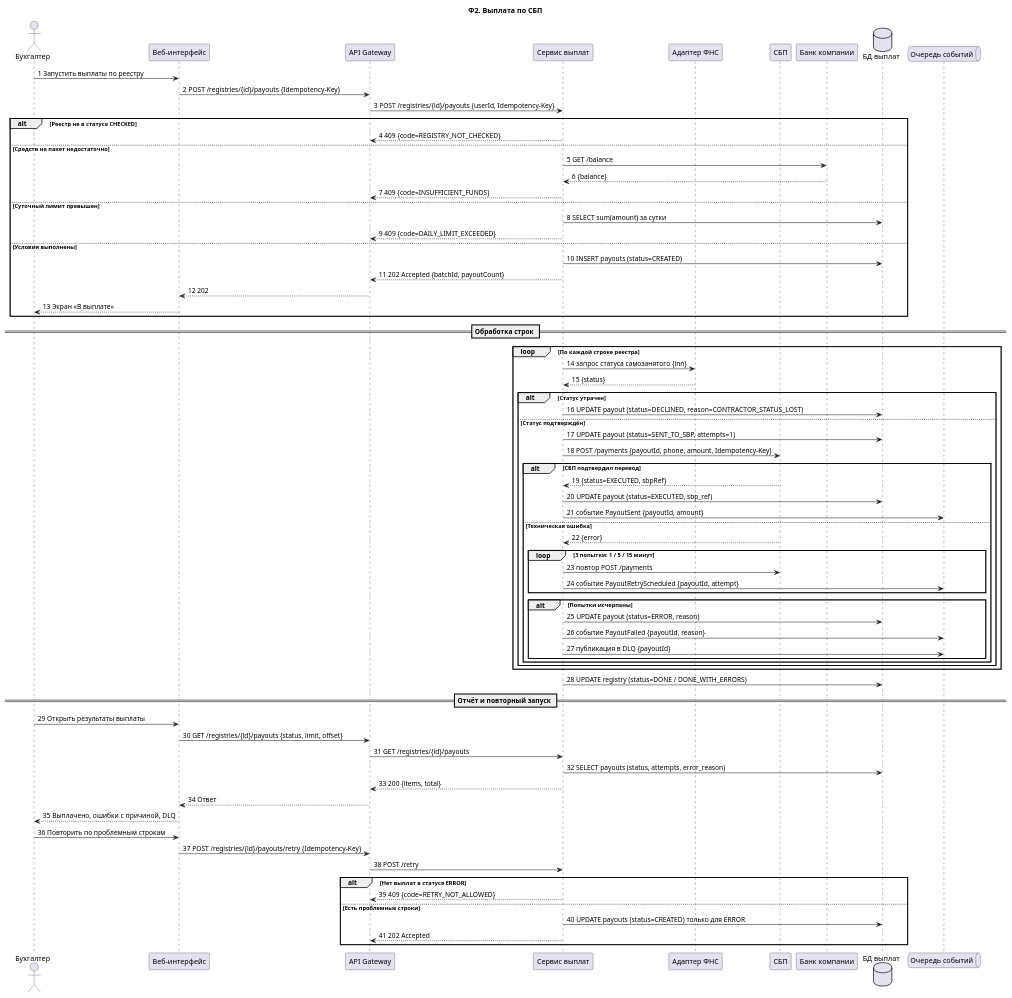
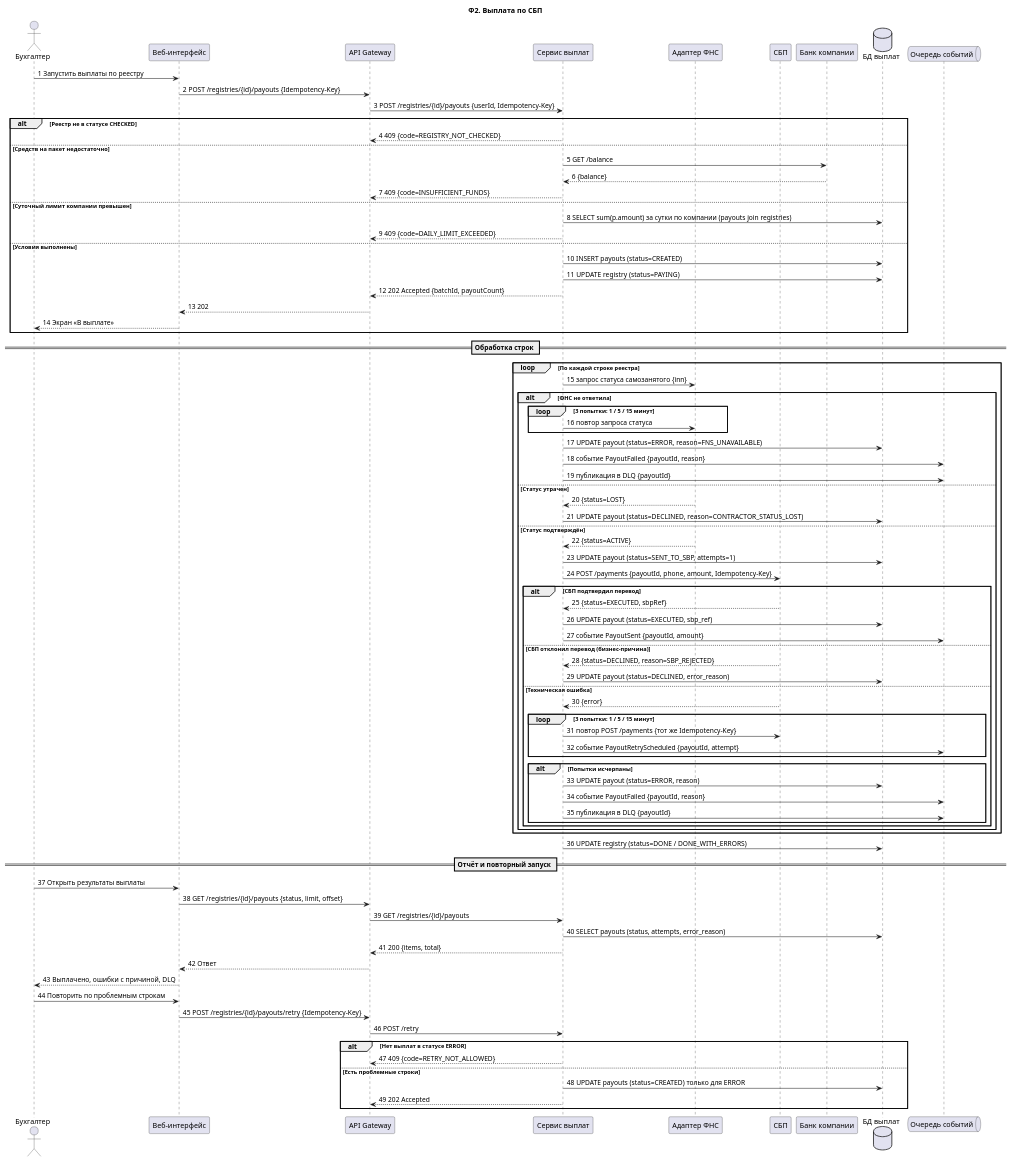
One commit to Antipindima1/722 changed the diagram in artifacts/feature-sbp-payout/sequence-payout.puml. Above: the diagram before and after it, drawn with PlantUML.

Commit message:
fix(sequence): regenerate source

```diff
--- a/artifacts/feature-sbp-payout/sequence-payout.puml
+++ b/artifacts/feature-sbp-payout/sequence-payout.puml
@@ -1,83 +1,95 @@
 @startuml
 title Ф2. Выплата по СБП
 
 actor "Бухгалтер" as acc
 participant "Веб-интерфейс" as web
 participant "API Gateway" as api
 participant "Сервис выплат" as pay
 participant "Адаптер ФНС" as fns
 participant "СБП" as sbp
 participant "Банк компании" as bank
 database "БД выплат" as db
 queue "Очередь событий" as mq
 
 acc -> web : 1 Запустить выплаты по реестру
 web -> api : 2 POST /registries/{id}/payouts {Idempotency-Key}
 api -> pay : 3 POST /registries/{id}/payouts {userId, Idempotency-Key}
 
 alt Реестр не в статусе CHECKED
   pay --> api : 4 409 {code=REGISTRY_NOT_CHECKED}
 else Средств на пакет недостаточно
   pay -> bank : 5 GET /balance
   bank --> pay : 6 {balance}
   pay --> api : 7 409 {code=INSUFFICIENT_FUNDS}
-else Суточный лимит превышен
-  pay -> db : 8 SELECT sum(amount) за сутки
+else Суточный лимит компании превышен
+  pay -> db : 8 SELECT sum(p.amount) за сутки по компании (payouts join registries)
   pay --> api : 9 409 {code=DAILY_LIMIT_EXCEEDED}
 else Условия выполнены
   pay -> db : 10 INSERT payouts (status=CREATED)
-  pay --> api : 11 202 Accepted {batchId, payoutCount}
-  api --> web : 12 202
-  web --> acc : 13 Экран «В выплате»
+  pay -> db : 11 UPDATE registry (status=PAYING)
+  pay --> api : 12 202 Accepted {batchId, payoutCount}
+  api --> web : 13 202
+  web --> acc : 14 Экран «В выплате»
 end
 
 == Обработка строк ==
 loop По каждой строке реестра
-  pay -> fns : 14 запрос статуса самозанятого {inn}
-  fns --> pay : 15 {status}
-  alt Статус утрачен
-    pay -> db : 16 UPDATE payout (status=DECLINED, reason=CONTRACTOR_STATUS_LOST)
+  pay -> fns : 15 запрос статуса самозанятого {inn}
+  alt ФНС не ответила
+    loop 3 попытки: 1 / 5 / 15 минут
+      pay -> fns : 16 повтор запроса статуса
+    end
+    pay -> db : 17 UPDATE payout (status=ERROR, reason=FNS_UNAVAILABLE)
+    pay -> mq : 18 событие PayoutFailed {payoutId, reason}
+    pay -> mq : 19 публикация в DLQ {payoutId}
+  else Статус утрачен
+    fns --> pay : 20 {status=LOST}
+    pay -> db : 21 UPDATE payout (status=DECLINED, reason=CONTRACTOR_STATUS_LOST)
   else Статус подтверждён
-    pay -> db : 17 UPDATE payout (status=SENT_TO_SBP, attempts=1)
-    pay -> sbp : 18 POST /payments {payoutId, phone, amount, Idempotency-Key}
+    fns --> pay : 22 {status=ACTIVE}
+    pay -> db : 23 UPDATE payout (status=SENT_TO_SBP, attempts=1)
+    pay -> sbp : 24 POST /payments {payoutId, phone, amount, Idempotency-Key}
     alt СБП подтвердил перевод
-      sbp --> pay : 19 {status=EXECUTED, sbpRef}
-      pay -> db : 20 UPDATE payout (status=EXECUTED, sbp_ref)
-      pay -> mq : 21 событие PayoutSent {payoutId, amount}
+      sbp --> pay : 25 {status=EXECUTED, sbpRef}
+      pay -> db : 26 UPDATE payout (status=EXECUTED, sbp_ref)
+      pay -> mq : 27 событие PayoutSent {payoutId, amount}
+    else СБП отклонил перевод (бизнес-причина)
+      sbp --> pay : 28 {status=DECLINED, reason=SBP_REJECTED}
+      pay -> db : 29 UPDATE payout (status=DECLINED, error_reason)
     else Техническая ошибка
-      sbp --> pay : 22 {error}
+      sbp --> pay : 30 {error}
       loop 3 попытки: 1 / 5 / 15 минут
-        pay -> sbp : 23 повтор POST /payments
-        pay -> mq : 24 событие PayoutRetryScheduled {payoutId, attempt}
+        pay -> sbp : 31 повтор POST /payments {тот же Idempotency-Key}
+        pay -> mq : 32 событие PayoutRetryScheduled {payoutId, attempt}
       end
       alt Попытки исчерпаны
-        pay -> db : 25 UPDATE payout (status=ERROR, reason)
-        pay -> mq : 26 событие PayoutFailed {payoutId, reason}
-        pay -> mq : 27 публикация в DLQ {payoutId}
+        pay -> db : 33 UPDATE payout (status=ERROR, reason)
+        pay -> mq : 34 событие PayoutFailed {payoutId, reason}
+        pay -> mq : 35 публикация в DLQ {payoutId}
       end
     end
   end
 end
 
-pay -> db : 28 UPDATE registry (status=DONE / DONE_WITH_ERRORS)
+pay -> db : 36 UPDATE registry (status=DONE / DONE_WITH_ERRORS)
 
 == Отчёт и повторный запуск ==
-acc -> web : 29 Открыть результаты выплаты
-web -> api : 30 GET /registries/{id}/payouts {status, limit, offset}
-api -> pay : 31 GET /registries/{id}/payouts
-pay -> db : 32 SELECT payouts (status, attempts, error_reason)
-pay --> api : 33 200 {items, total}
-api --> web : 34 Ответ
-web --> acc : 35 Выплачено, ошибки с причиной, DLQ
+acc -> web : 37 Открыть результаты выплаты
+web -> api : 38 GET /registries/{id}/payouts {status, limit, offset}
+api -> pay : 39 GET /registries/{id}/payouts
+pay -> db : 40 SELECT payouts (status, attempts, error_reason)
+pay --> api : 41 200 {items, total}
+api --> web : 42 Ответ
+web --> acc : 43 Выплачено, ошибки с причиной, DLQ
 
-acc -> web : 36 Повторить по проблемным строкам
-web -> api : 37 POST /registries/{id}/payouts/retry {Idempotency-Key}
-api -> pay : 38 POST /retry
+acc -> web : 44 Повторить по проблемным строкам
+web -> api : 45 POST /registries/{id}/payouts/retry {Idempotency-Key}
+api -> pay : 46 POST /retry
 alt Нет выплат в статусе ERROR
-  pay --> api : 39 409 {code=RETRY_NOT_ALLOWED}
+  pay --> api : 47 409 {code=RETRY_NOT_ALLOWED}
 else Есть проблемные строки
-  pay -> db : 40 UPDATE payouts (status=CREATED) только для ERROR
-  pay --> api : 41 202 Accepted
+  pay -> db : 48 UPDATE payouts (status=CREATED) только для ERROR
+  pay --> api : 49 202 Accepted
 end
 
 @enduml
```
